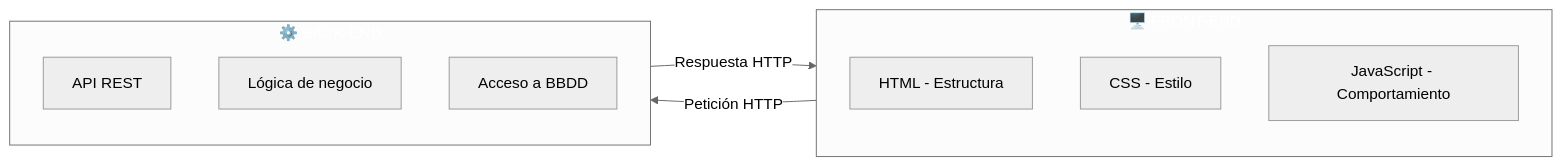
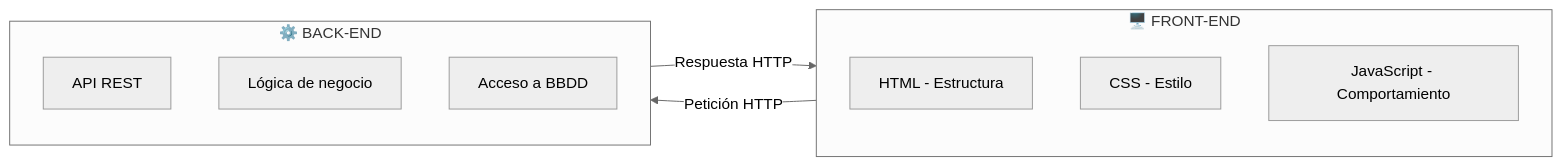
Before and after one commit to joseluisgs/DesarrolloWebEntornosServidor-01-2026-2027: the first of 2 diagrams in 02-componentes-web.md, drawn with Mermaid (neutral theme). The commit also changed other lines of this file and 15 other files, not shown here.

Commit message:
docs: quitar el relleno a los subgraf de los diagramas y corregir comillas y rayas sueltas

````diff
--- a/02-componentes-web.md
+++ b/02-componentes-web.md
@@ -31,20 +31,18 @@
 ```mermaid
 graph LR
     subgraph FRONTEND["🖥️ FRONT-END"]
         A1["HTML - Estructura"]
         A2["CSS - Estilo"]
         A3["JavaScript - Comportamiento"]
     end
 
     subgraph BACKEND["⚙️ BACK-END"]
         B1["API REST"]
         B2["Lógica de negocio"]
         B3["Acceso a BBDD"]
     end
 
     FRONTEND -->|"Petición HTTP"| BACKEND
     BACKEND -->|"Respuesta HTTP"| FRONTEND
 
-    style FRONTEND fill:#2196F,color:#fff3,color:#fff
-    style BACKEND fill:#4CAF5,color:#fff0,color:#fff
 ```
````
